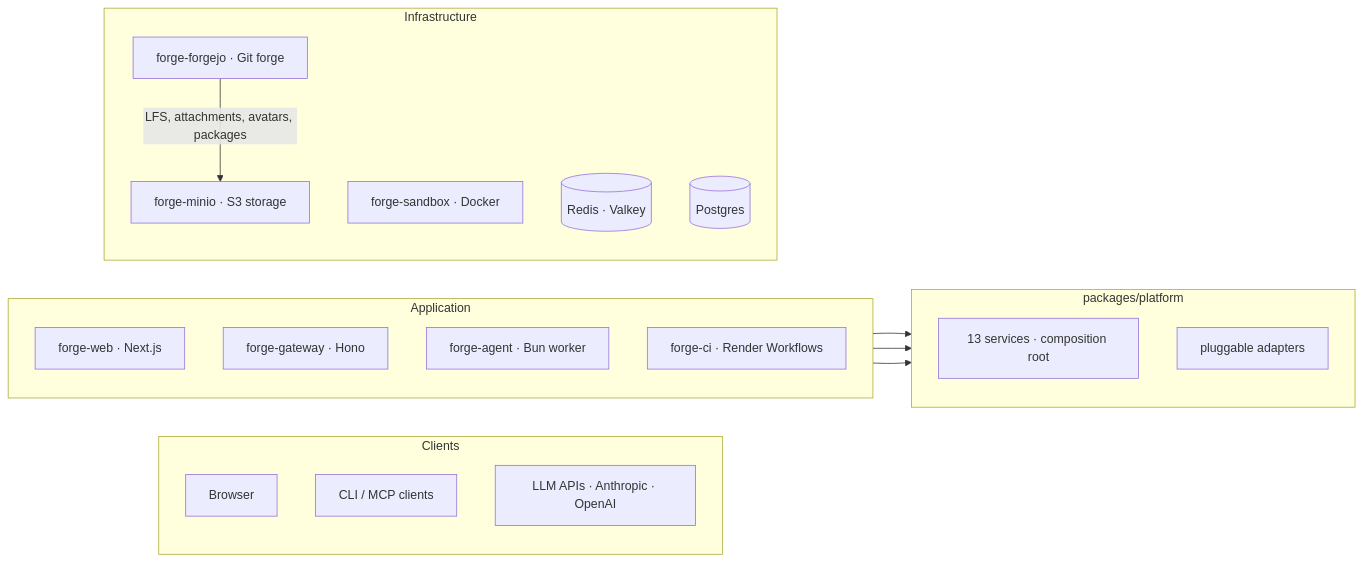
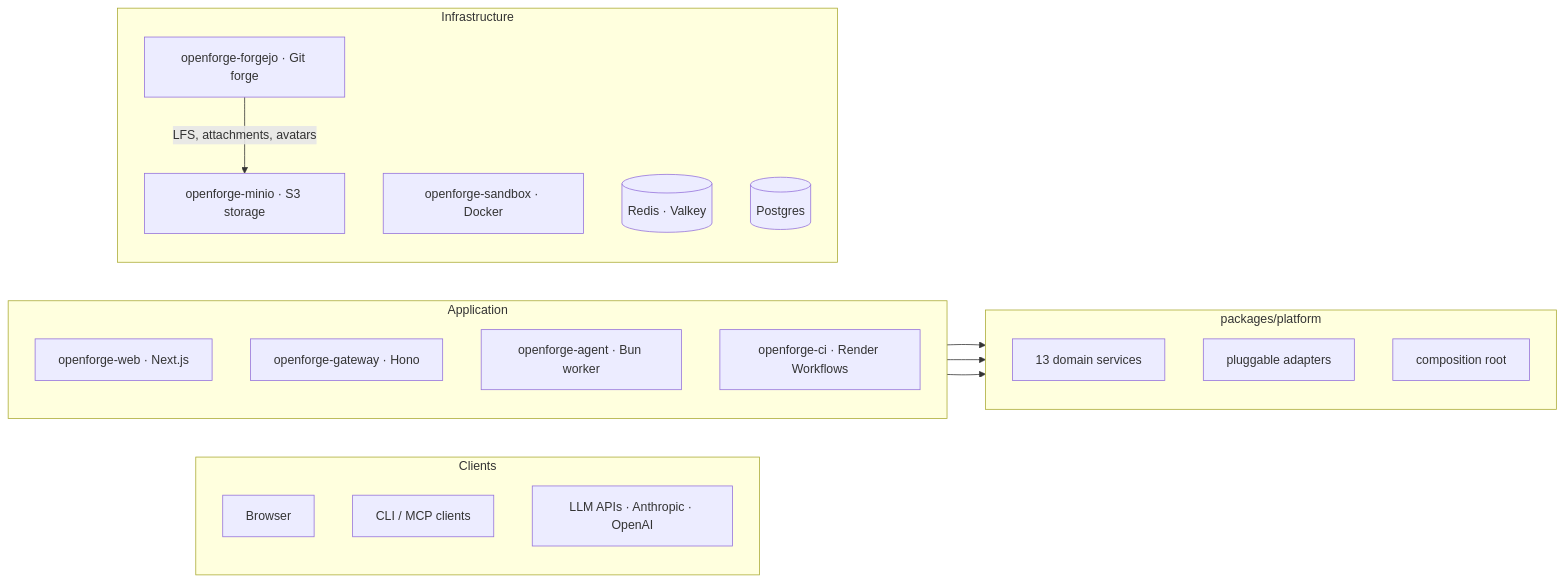
The diagram in README.md (jacobprall/render-open-forge), drawn with Mermaid before and after one commit. The commit also changed other lines of this file and 162 other files, not shown here.

````diff
--- a/README.md
+++ b/README.md
@@ -21,37 +21,38 @@
 ```mermaid
 graph LR
     subgraph Clients
         direction TB
         Browser["Browser"]
         CLI["CLI / MCP clients"]
         LLM["LLM APIs · Anthropic · OpenAI"]
     end
 
     subgraph Application
         direction TB
-        Web["forge-web · Next.js"]
-        Gateway["forge-gateway · Hono"]
-        Agent["forge-agent · Bun worker"]
-        CI["forge-ci · Render Workflows"]
+        Web["openforge-web · Next.js"]
+        Gateway["openforge-gateway · Hono"]
+        Agent["openforge-agent · Bun worker"]
+        CI["openforge-ci · Render Workflows"]
     end
 
     subgraph Platform["packages/platform"]
         direction TB
-        Services["13 services · composition root"]
+        Services["13 domain services"]
         Adapters["pluggable adapters"]
+        Container["composition root"]
     end
 
     subgraph Infrastructure
         direction TB
-        Forgejo["forge-forgejo · Git forge"]
-        MinIO["forge-minio · S3 storage"]
-        Sandbox["forge-sandbox · Docker"]
+        Forgejo["openforge-forgejo · Git forge"]
+        MinIO["openforge-minio · S3 storage"]
+        Sandbox["openforge-sandbox · Docker"]
         Redis[("Redis · Valkey")]
         Postgres[("Postgres")]
     end
 
-    Web --> Services
-    Gateway --> Services
-    Agent --> Services
-    Forgejo -->|"LFS, attachments, avatars, packages"| MinIO
+    Web --> Container
+    Gateway --> Container
+    Agent --> Container
+    Forgejo -->|"LFS, attachments, avatars"| MinIO
 ```
````
